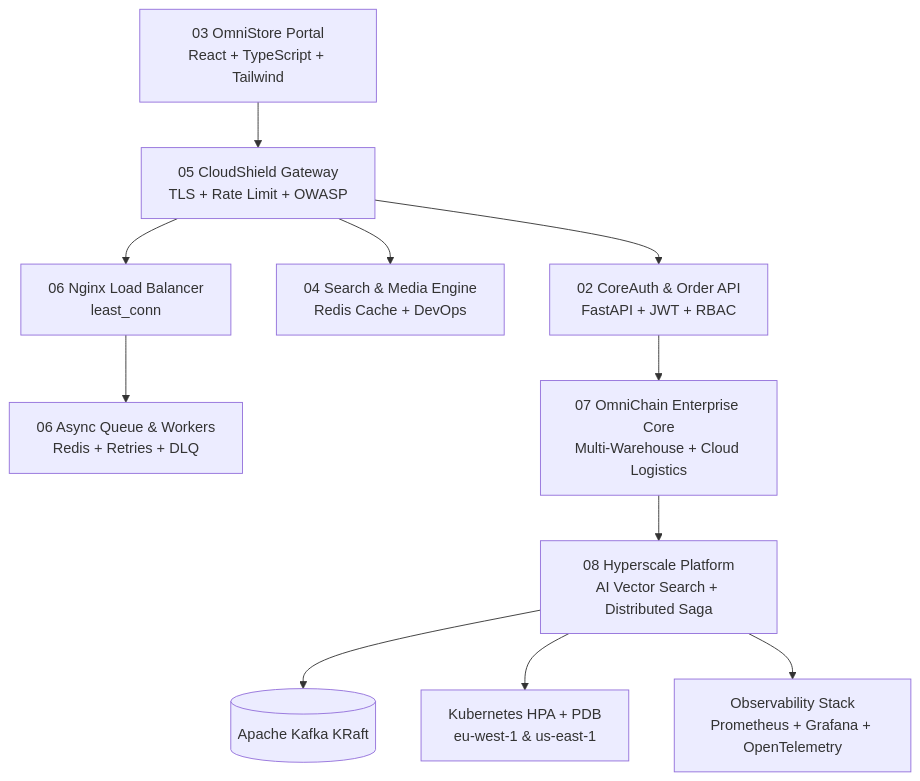
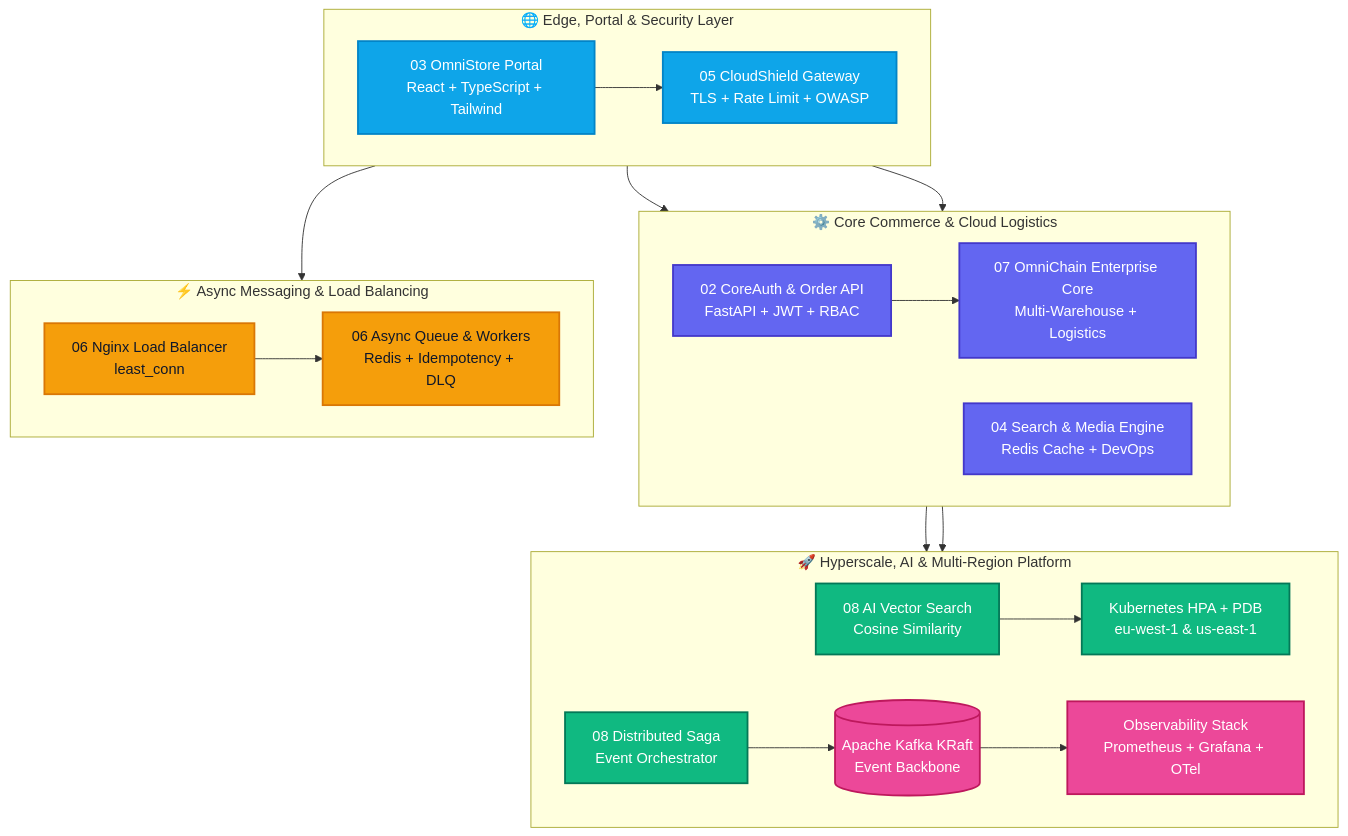
Before and after one commit to sourajahan/OmniChain-FullStack-Roadmap: the first of 2 diagrams in README.md, drawn with Mermaid. The commit also changed other lines of this file and 1 other file, not shown here.

Commit message:
docs: upgrade README with colorful Mermaid architecture, Saga flow, and highlight cards

````diff
--- a/README.md
+++ b/README.md
@@ -40,13 +30,54 @@
 ```mermaid
 flowchart TB
-    Portal["03 OmniStore Portal<br/>React + TypeScript + Tailwind"] --> Shield["05 CloudShield Gateway<br/>TLS + Rate Limit + OWASP"]
-    Shield --> Auth["02 CoreAuth & Order API<br/>FastAPI + JWT + RBAC"]
-    Shield --> Search["04 Search & Media Engine<br/>Redis Cache + DevOps"]
-    Shield --> LB["06 Nginx Load Balancer<br/>least_conn"]
-    LB --> Queue["06 Async Queue & Workers<br/>Redis + Retries + DLQ"]
-    Auth --> Core["07 OmniChain Enterprise Core<br/>Multi-Warehouse + Cloud Logistics"]
-    Core --> Hyper["08 Hyperscale Platform<br/>AI Vector Search + Distributed Saga"]
-    Hyper --> Kafka[("Apache Kafka KRaft")]
-    Hyper --> K8s["Kubernetes HPA + PDB<br/>eu-west-1 & us-east-1"]
-    Hyper --> Obs["Observability Stack<br/>Prometheus + Grafana + OpenTelemetry"]
+    subgraph EDGE["🌐 Edge, Portal & Security Layer"]
+        direction LR
+        Portal["03 OmniStore Portal<br/>React + TypeScript + Tailwind"]
+        Shield["05 CloudShield Gateway<br/>TLS + Rate Limit + OWASP"]
+        Portal --> Shield
+    end
+
+    subgraph CORE["⚙️ Core Commerce & Cloud Logistics"]
+        direction LR
+        Auth["02 CoreAuth & Order API<br/>FastAPI + JWT + RBAC"]
+        Search["04 Search & Media Engine<br/>Redis Cache + DevOps"]
+        Enterprise["07 OmniChain Enterprise Core<br/>Multi-Warehouse + Logistics"]
+        Auth --> Enterprise
+    end
+
+    subgraph ASYNC["⚡ Async Messaging & Load Balancing"]
+        direction LR
+        LB["06 Nginx Load Balancer<br/>least_conn"]
+        Queue["06 Async Queue & Workers<br/>Redis + Idempotency + DLQ"]
+        LB --> Queue
+    end
+
+    subgraph HYPER["🚀 Hyperscale, AI & Multi-Region Platform"]
+        direction LR
+        Vector["08 AI Vector Search<br/>Cosine Similarity"]
+        Saga["08 Distributed Saga<br/>Event Orchestrator"]
+        Kafka[("Apache Kafka KRaft<br/>Event Backbone")]
+        K8s["Kubernetes HPA + PDB<br/>eu-west-1 & us-east-1"]
+        Obs["Observability Stack<br/>Prometheus + Grafana + OTel"]
+        Vector --> K8s
+        Saga --> Kafka
+        Kafka --> Obs
+    end
+
+    Shield --> Auth
+    Shield --> Search
+    Shield --> LB
+    Enterprise --> Saga
+    Enterprise --> Vector
+
+    classDef edge fill:#0EA5E9,stroke:#0284C7,color:#FFFFFF,stroke-width:2px;
+    classDef core fill:#6366F1,stroke:#4338CA,color:#FFFFFF,stroke-width:2px;
+    classDef async fill:#F59E0B,stroke:#D97706,color:#0F172A,stroke-width:2px;
+    classDef hyper fill:#10B981,stroke:#047857,color:#FFFFFF,stroke-width:2px;
+    classDef infra fill:#EC4899,stroke:#BE185D,color:#FFFFFF,stroke-width:2px;
+
+    class Portal,Shield edge;
+    class Auth,Search,Enterprise core;
+    class LB,Queue async;
+    class Vector,Saga,K8s hyper;
+    class Kafka,Obs infra;
 ```
````
